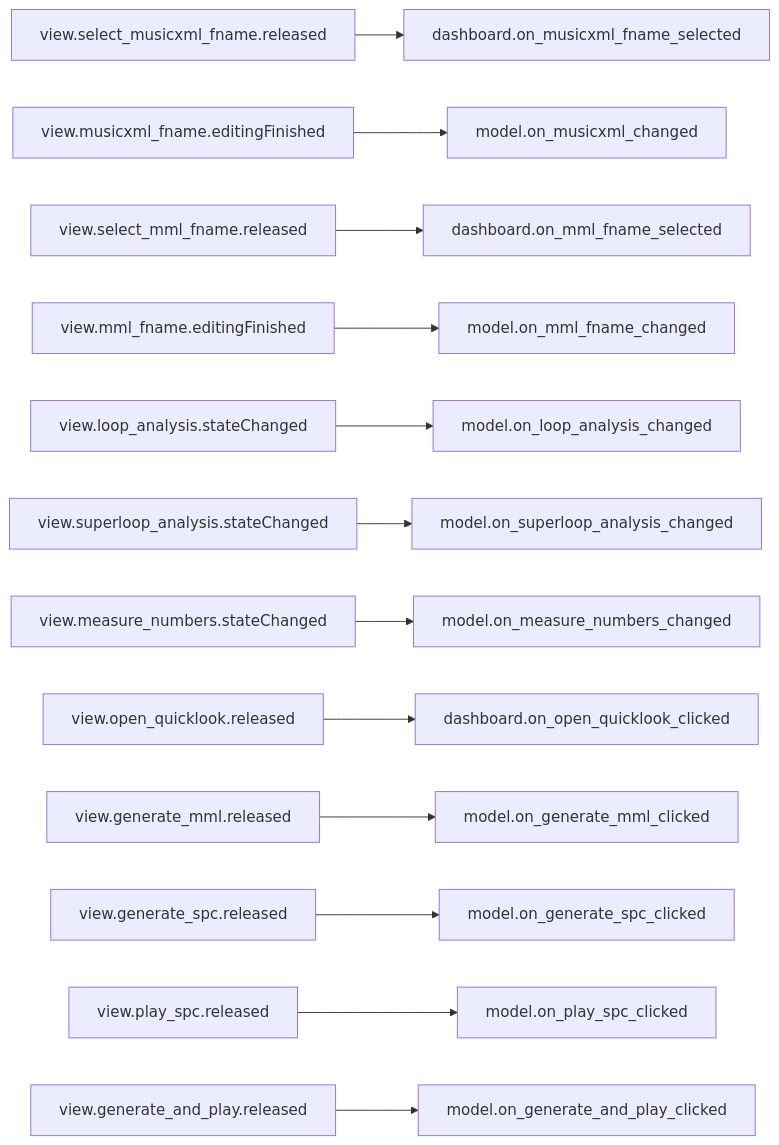
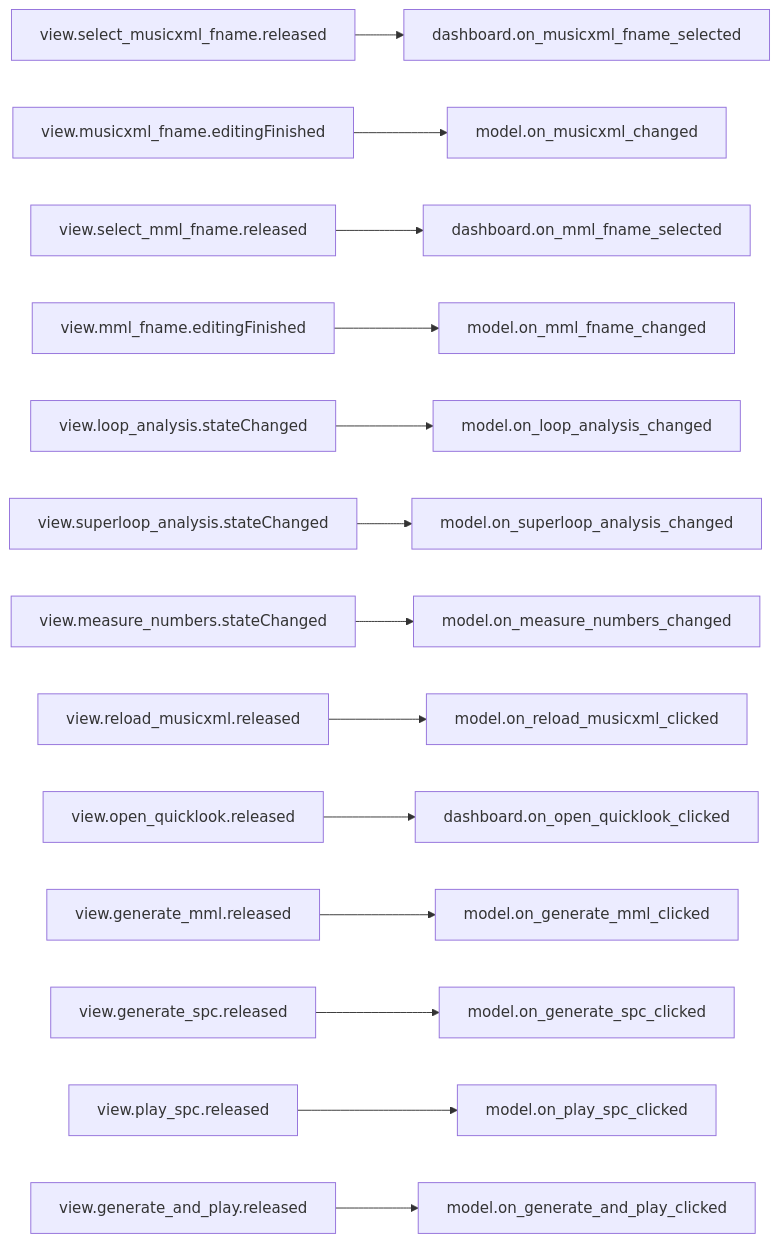
Before and after one commit to com-posers-pit/smw_music: the third of 10 diagrams in doc/source/dashboard_signal_slot_map.rst, drawn with Mermaid. The commit also changed 4 other files, not shown here.

```diff
--- a/doc/source/dashboard_signal_slot_map.rst
+++ b/doc/source/dashboard_signal_slot_map.rst
@@ -51,15 +51,16 @@
 .. mermaid::
 
    flowchart LR
       view.select_musicxml_fname.released --> dashboard.on_musicxml_fname_selected
       view.musicxml_fname.editingFinished --> model.on_musicxml_changed
       view.select_mml_fname.released --> dashboard.on_mml_fname_selected
       view.mml_fname.editingFinished --> model.on_mml_fname_changed
       view.loop_analysis.stateChanged --> model.on_loop_analysis_changed
       view.superloop_analysis.stateChanged --> model.on_superloop_analysis_changed
       view.measure_numbers.stateChanged --> model.on_measure_numbers_changed
+      view.reload_musicxml.released --> model.on_reload_musicxml_clicked
       view.open_quicklook.released --> dashboard.on_open_quicklook_clicked
       view.generate_mml.released --> model.on_generate_mml_clicked
       view.generate_spc.released --> model.on_generate_spc_clicked
       view.play_spc.released --> model.on_play_spc_clicked
       view.generate_and_play.released --> model.on_generate_and_play_clicked
```
